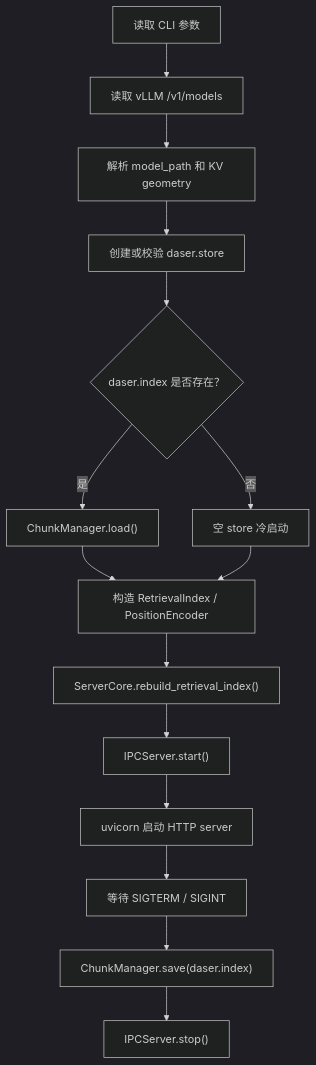
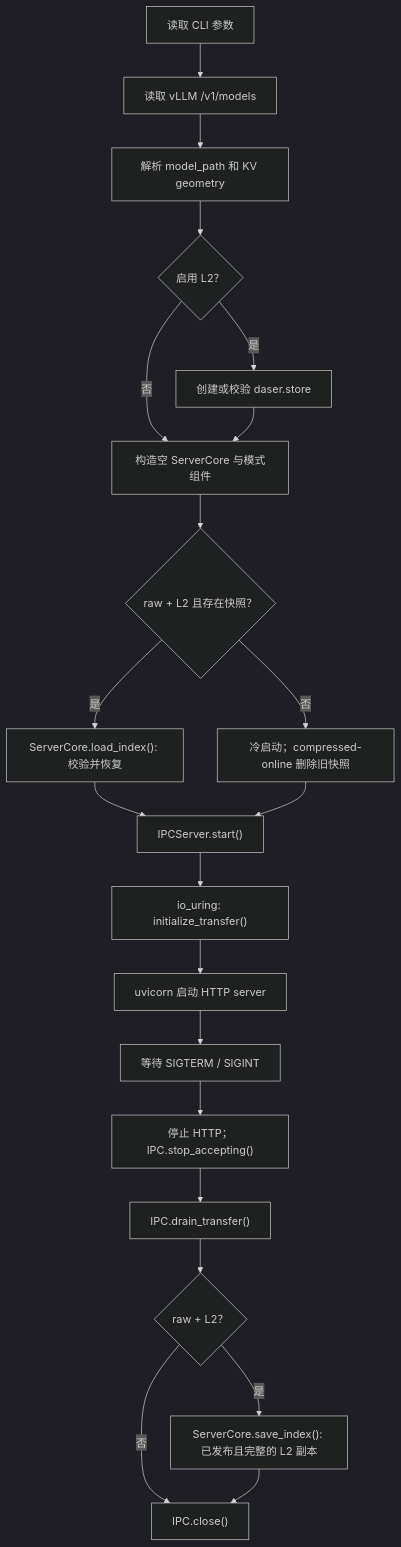
Before and after one commit to 7774596/DaseR: the second of 2 diagrams in docs/design/architecture.md, drawn with Mermaid (dark theme). The commit also changed other lines of this file and 11 other files, not shown here.

First line of the commit message:
docs(server): sync architecture and design documentation

````diff
--- a/docs/design/architecture.md
+++ b/docs/design/architecture.md
@@ -350,17 +382,23 @@
 ```mermaid
 flowchart TB
     A["读取 CLI 参数"] --> B["读取 vLLM /v1/models"]
     B --> C["解析 model_path 和 KV geometry"]
-    C --> D["创建或校验 daser.store"]
-    D --> E{"daser.index 是否存在？"}
-    E -- 是 --> F["ChunkManager.load()"]
-    E -- 否 --> G["空 store 冷启动"]
-    F --> H["构造 RetrievalIndex / PositionEncoder"]
-    G --> H
-    H --> I["ServerCore.rebuild_retrieval_index()"]
-    I --> J["IPCServer.start()"]
-    J --> K["uvicorn 启动 HTTP server"]
+    C --> D{"启用 L2？"}
+    D -- 是 --> FILE["创建或校验 daser.store"]
+    D -- 否 --> H["构造空 ServerCore 与模式组件"]
+    FILE --> H
+    H --> E{"raw + L2 且存在快照？"}
+    E -- 是 --> F["ServerCore.load_index(): 校验并恢复"]
+    E -- 否 --> G["冷启动；compressed-online 删除旧快照"]
+    F --> J["IPCServer.start()"]
+    G --> J
+    J --> INIT["io_uring: initialize_transfer()"]
+    INIT --> K["uvicorn 启动 HTTP server"]
     K --> L["等待 SIGTERM / SIGINT"]
-    L --> M["ChunkManager.save(daser.index)"]
-    M --> N["IPCServer.stop()"]
+    L --> STOP["停止 HTTP；IPC.stop_accepting()"]
+    STOP --> DRAIN["IPC.drain_transfer()"]
+    DRAIN --> PERSIST{"raw + L2？"}
+    PERSIST -- 是 --> M["ServerCore.save_index(): 已发布且完整的 L2 副本"]
+    PERSIST -- 否 --> N["IPC.close()"]
+    M --> N
 ```
````
